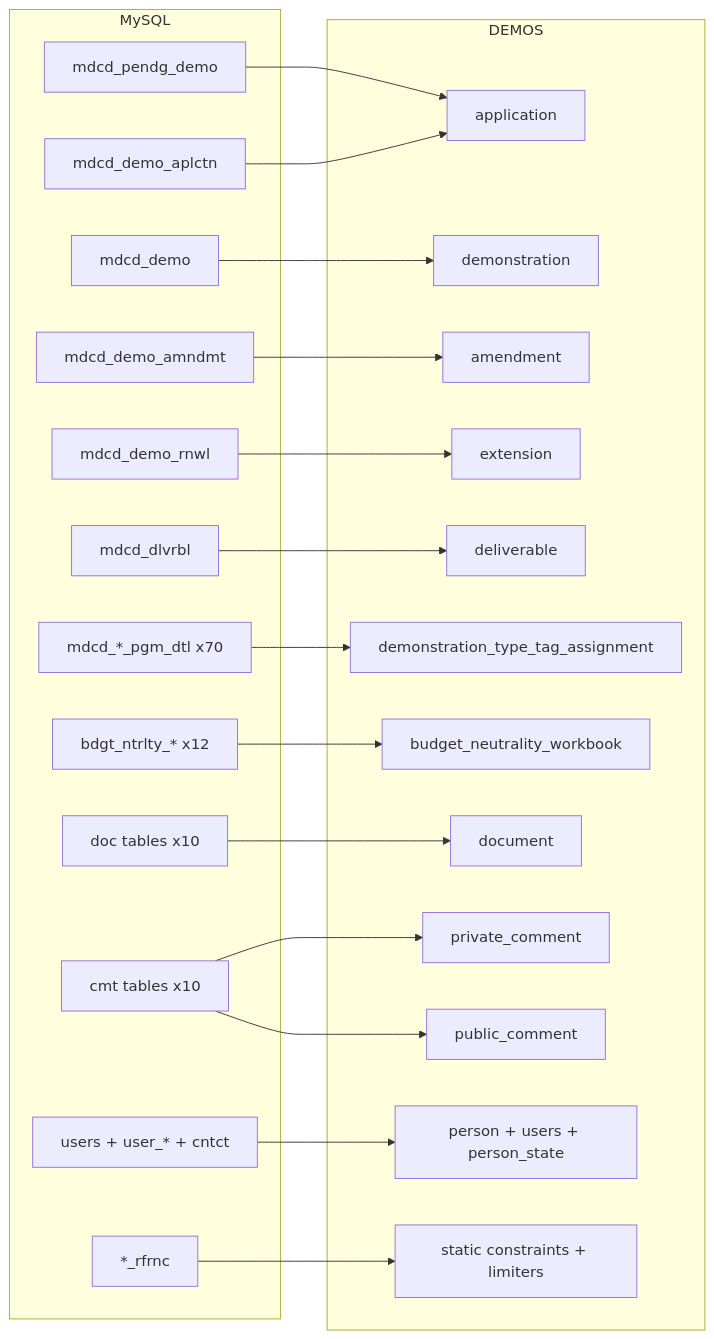
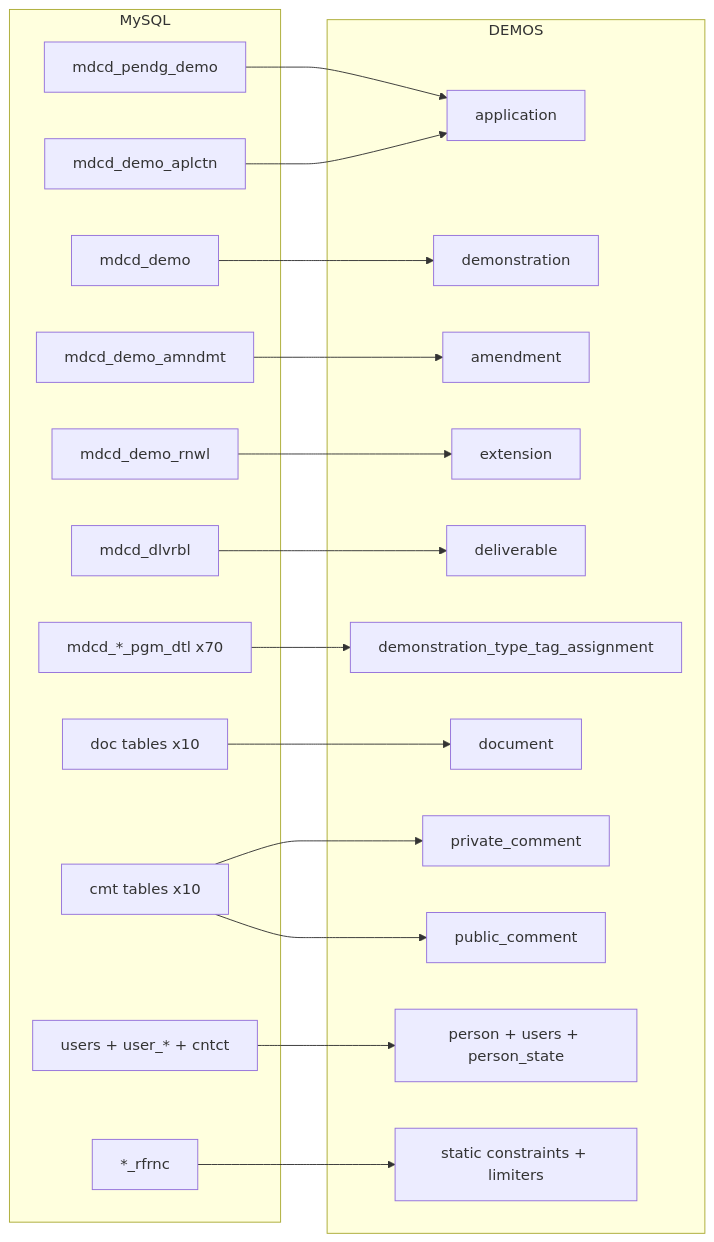
Before and after one commit to Enterprise-CMCS/demos: the diagram in data-migration/docs/sme/reference-source-target-map.adoc, drawn with Mermaid. The commit also changed other lines of this file and 38 other files, not shown here.

```diff
--- a/data-migration/docs/sme/reference-source-target-map.adoc
+++ b/data-migration/docs/sme/reference-source-target-map.adoc
@@ -6,45 +6,42 @@
 [mermaid]
 ....
 flowchart LR
   subgraph MY[MySQL]
     pdemo[mdcd_pendg_demo]
     demo[mdcd_demo]
     aplctn[mdcd_demo_aplctn]
     amndmt[mdcd_demo_amndmt]
     rnwl[mdcd_demo_rnwl]
     dlvrbl[mdcd_dlvrbl]
     pgmdtl[mdcd_*_pgm_dtl x70]
-    bn[bdgt_ntrlty_* x12]
     docs[doc tables x10]
     cmts[cmt tables x10]
     usr[users + user_* + cntct]
     refs[*_rfrnc]
   end
   subgraph PG[DEMOS]
     app[application]
     dem[demonstration]
     amd[amendment]
     ext[extension]
     dlv[deliverable]
     tag[demonstration_type_tag_assignment]
-    bnw[budget_neutrality_workbook]
     doc[document]
     pcm[private_comment]
     ucm[public_comment]
     pers[person + users + person_state]
     sc[static constraints + limiters]
   end
   pdemo --> app
   demo --> dem
   aplctn --> app
   amndmt --> amd
   rnwl --> ext
   dlvrbl --> dlv
   pgmdtl --> tag
-  bn --> bnw
   docs --> doc
   cmts --> pcm
   cmts --> ucm
   usr --> pers
   refs --> sc
 ....
```
